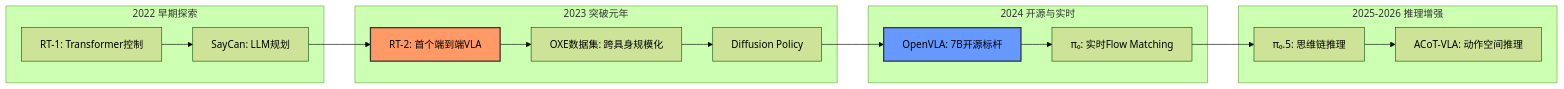
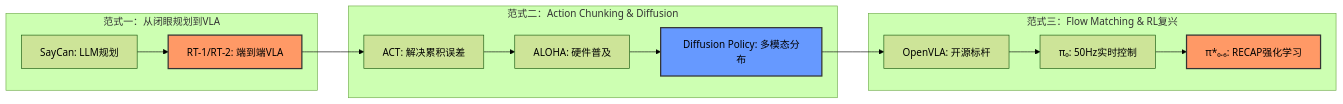
Before and after one commit to TingdeLiu/tingdeliu.github.io: the first of 16 diagrams in _posts/2026-01-24-VLA-Survey.md, drawn with Mermaid (forest theme). The commit also changed other lines of this file, not shown here.

Commit message:
Update title and excerpt in VLA Survey post for clarity and context

````diff
--- a/_posts/2026-01-24-VLA-Survey.md
+++ b/_posts/2026-01-24-VLA-Survey.md
@@ -65,28 +65,24 @@
 ```mermaid
 flowchart LR
-    subgraph G2022 ["2022 早期探索"]
-        A["RT-1: Transformer控制"] --> B["SayCan: LLM规划"]
+    subgraph G2022 ["范式一：从闭眼规划到VLA"]
+        A["SayCan: LLM规划"] --> B["RT-1/RT-2: 端到端VLA"]
     end
     
     B --> C
     
-    subgraph G2023 ["2023 突破元年"]
-        C["RT-2: 首个端到端VLA"] --> D["OXE数据集: 跨具身规模化"]
-        D --> E["Diffusion Policy"]
+    subgraph G2023 ["范式二：Action Chunking & Diffusion"]
+        C["ACT: 解决累积误差"] --> D["ALOHA: 硬件普及"]
+        D --> E["Diffusion Policy: 多模态分布"]
     end
     
     E --> F
     
-    subgraph G2024 ["2024 开源与实时"]
-        F["OpenVLA: 7B开源标杆"] --> G["π₀: 实时Flow Matching"]
-    end
-    
-    G --> H
-    
-    subgraph G2025 ["2025-2026 推理增强"]
-        H["π₀.5: 思维链推理"] --> I["ACoT-VLA: 动作空间推理"]
+    subgraph G2024 ["范式三：Flow Matching & RL复兴"]
+        F["OpenVLA: 开源标杆"] --> G["π₀: 50Hz实时控制"]
+        G --> H["π*₀.₆: RECAP强化学习"]
     end
 
-    style C fill:#f96,stroke:#333,stroke-width:2px
-    style F fill:#69f,stroke:#333,stroke-width:2px
+    style B fill:#f96,stroke:#333,stroke-width:2px
+    style E fill:#69f,stroke:#333,stroke-width:2px
+    style H fill:#f96,stroke:#333,stroke-width:2px
 ```
````
